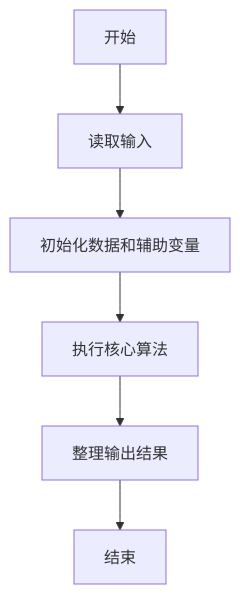
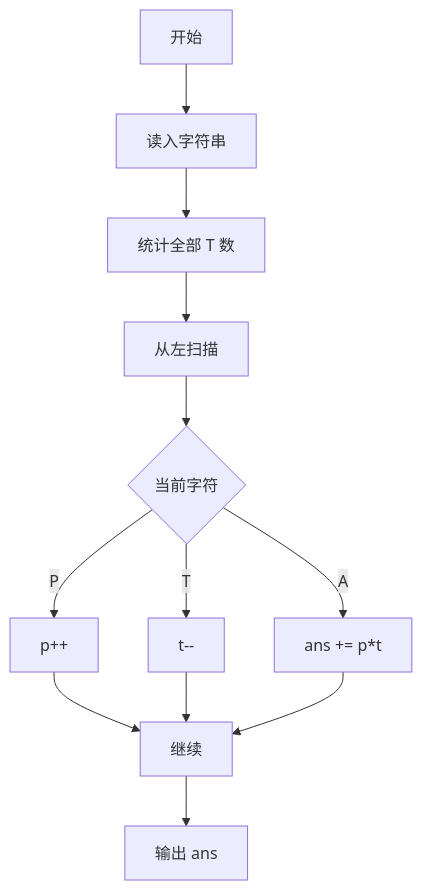
Before and after one commit to pta-program/pta_basic_level_article_by_ruby: the first of 2 diagrams in 1040-有几个PAT.md, drawn with Mermaid. The commit also changed other lines of this file and 127 other files, not shown here.

First line of the commit message:
fix: repair solutions, per-problem flowcharts, math rendering, and Pages deploy

````diff
--- a/1040-有几个PAT.md
+++ b/1040-有几个PAT.md
@@ -70,8 +69,14 @@
 ```mermaid
 flowchart TD
-  A[开始] --> B[读取输入]
-  B --> C[初始化数据和辅助变量]
-  C --> D[执行核心算法]
-  D --> E[整理输出结果]
-  E --> F[结束]
+  A["开始"] --> B["读入字符串"]
+  B --> C["统计全部 T 数"]
+  C --> D["从左扫描"]
+  D --> E{"当前字符"}
+  E -- "P" --> F["p++"]
+  E -- "T" --> G["t--"]
+  E -- "A" --> H["ans += p*t"]
+  F --> D2["继续"]
+  G --> D2
+  H --> D2
+  D2 --> I["输出 ans"]
 ```
````
